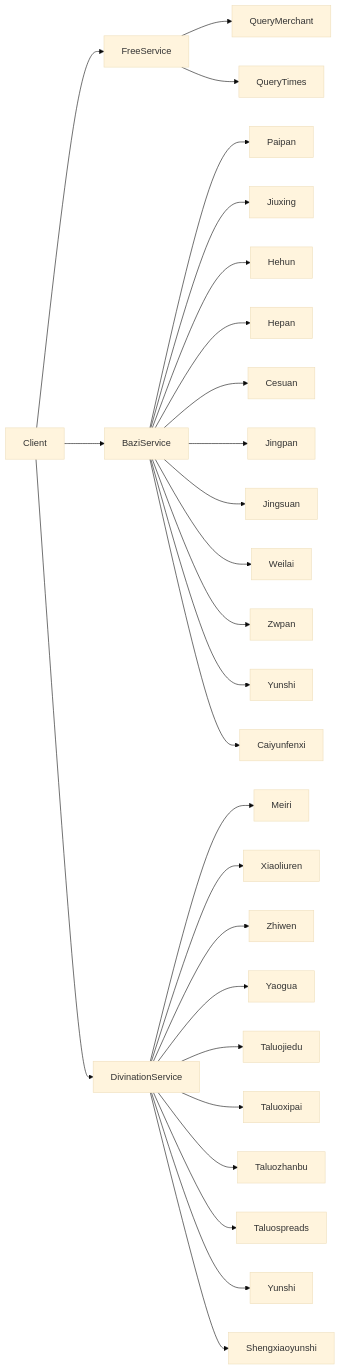
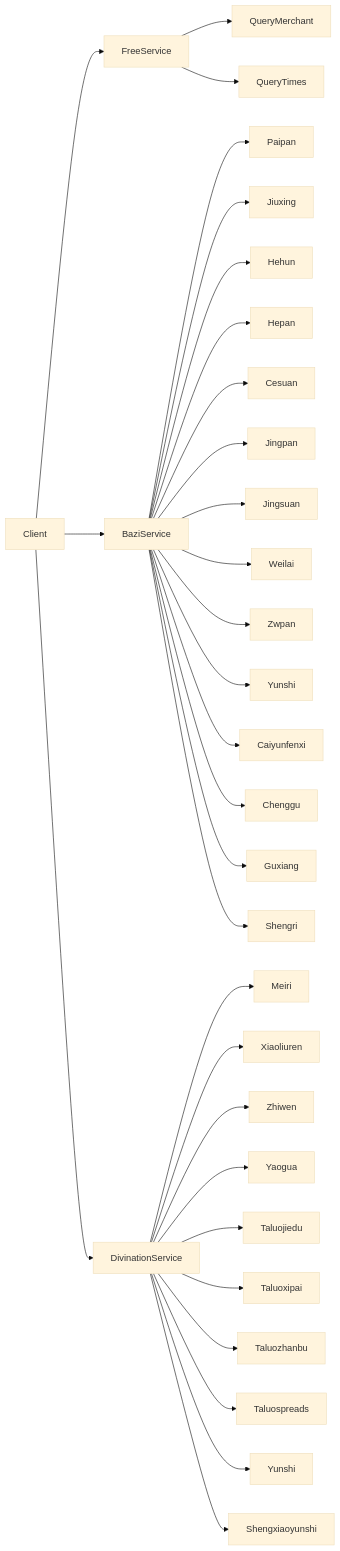
The first of 2 diagrams in README.md (Scorpio69t/yuanfenju-go-sdk), drawn with Mermaid (base theme) before and after one commit. The commit also changed other lines of this file and 4 other files, not shown here.

Commit message:
feat(batch1): add typed bazi chenggu/guxiang/shengri services with validation and tests

````diff
--- a/README.md
+++ b/README.md
@@ -58,32 +58,35 @@
 ```mermaid
 flowchart LR
     A[Client] --> B[FreeService]
     A --> C[BaziService]
     A --> D[DivinationService]
 
     B --> B1[QueryMerchant]
     B --> B2[QueryTimes]
 
     C --> C1[Paipan]
     C --> C2[Jiuxing]
     C --> C3[Hehun]
     C --> C4[Hepan]
     C --> C5[Cesuan]
     C --> C6[Jingpan]
     C --> C7[Jingsuan]
     C --> C8[Weilai]
     C --> C9[Zwpan]
     C --> C10[Yunshi]
     C --> C11[Caiyunfenxi]
+    C --> C12[Chenggu]
+    C --> C13[Guxiang]
+    C --> C14[Shengri]
 
     D --> D1[Meiri]
     D --> D2[Xiaoliuren]
     D --> D3[Zhiwen]
     D --> D4[Yaogua]
     D --> D5[Taluojiedu]
     D --> D6[Taluoxipai]
     D --> D7[Taluozhanbu]
     D --> D8[Taluospreads]
     D --> D9[Yunshi]
     D --> D10[Shengxiaoyunshi]
 ```
````
